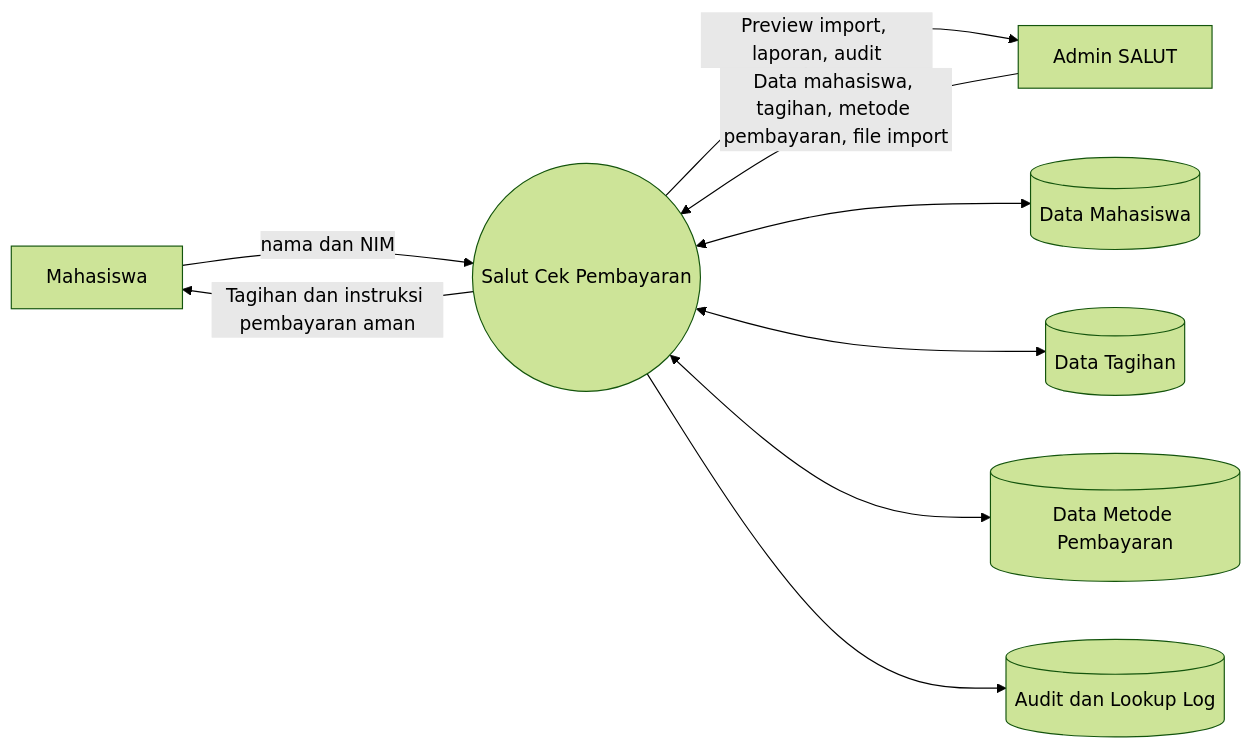
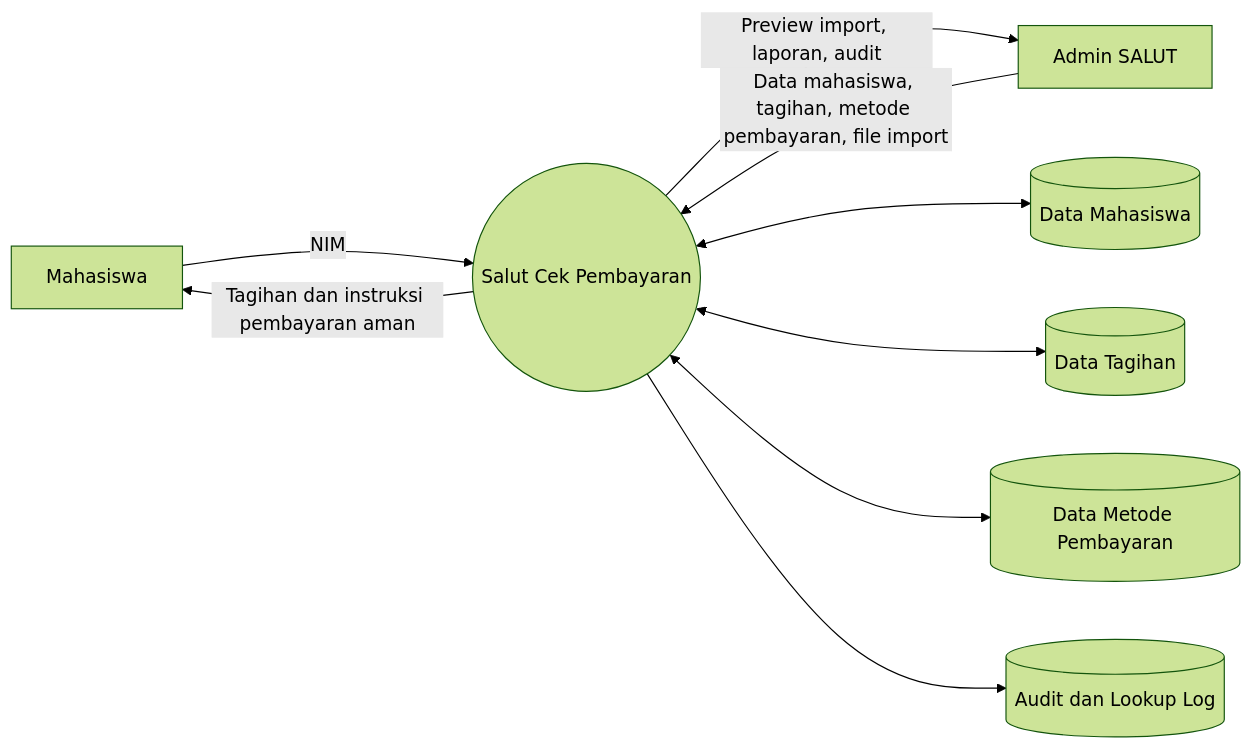
The second of 25 diagrams in docs/03-diagrams.md (mtijan/Salut-Cek-Pembayaran), drawn with Mermaid (forest theme) before and after one commit. The commit also changed other lines of this file and 16 other files, not shown here.

Commit message:
feat: establish core project architecture, backend services, documentation, and security baseline definitions

````diff
--- a/docs/03-diagrams.md
+++ b/docs/03-diagrams.md
@@ -61,19 +61,19 @@
 ```mermaid
 flowchart LR
     Student[Mahasiswa]
     Admin[Admin SALUT]
     System((Salut Cek Pembayaran))
     StudentData[(Data Mahasiswa)]
     BillData[(Data Tagihan)]
     PaymentData[(Data Metode Pembayaran)]
     AuditData[(Audit dan Lookup Log)]
 
-    Student -->|nama dan NIM| System
+    Student -->|NIM| System
     System -->|Tagihan dan instruksi pembayaran aman| Student
     Admin -->|Data mahasiswa, tagihan, metode pembayaran, file import| System
     System -->|Preview import, laporan, audit| Admin
     System <--> StudentData
     System <--> BillData
     System <--> PaymentData
     System --> AuditData
 ```
````
